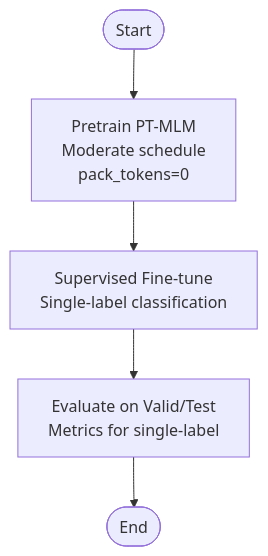
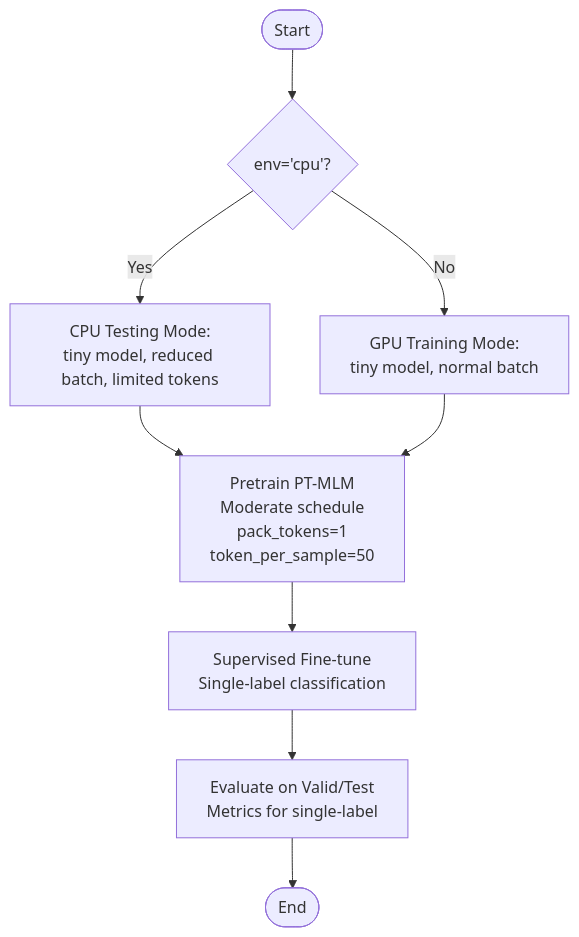
One commit to alibaba/graph-gpt changed the fifth of 6 diagrams in .qoder/repowiki/en/content/Example Scripts/Graph-Level Examples.md. Above: the diagram before and after it, drawn with Mermaid. The commit also changed other lines of this file and 8 other files, not shown here.

````diff
--- a/.qoder/repowiki/en/content/Example Scripts/Graph-Level Examples.md
+++ b/.qoder/repowiki/en/content/Example Scripts/Graph-Level Examples.md
@@ -263,7 +279,11 @@
 ```mermaid
 flowchart TD
-Start3(["Start"]) --> PT3["Pretrain PT-MLM<br/>Moderate schedule<br/>pack_tokens=0"]
+Start3(["Start"]) --> EnvCheck3{"env='cpu'?"}
+EnvCheck3 --> |Yes| CPUMode3["CPU Testing Mode:<br/>tiny model, reduced batch, limited tokens"]
+EnvCheck3 --> |No| GPUMode3["GPU Training Mode:<br/>tiny model, normal batch"]
+CPUMode3 --> PT3["Pretrain PT-MLM<br/>Moderate schedule<br/>pack_tokens=1<br/>token_per_sample=50"]
+GPUMode3 --> PT3
 PT3 --> SV3["Supervised Fine-tune<br/>Single-label classification"]
 SV3 --> Eval3["Evaluate on Valid/Test<br/>Metrics for single-label"]
 Eval3 --> End3(["End"])
 ```
````
